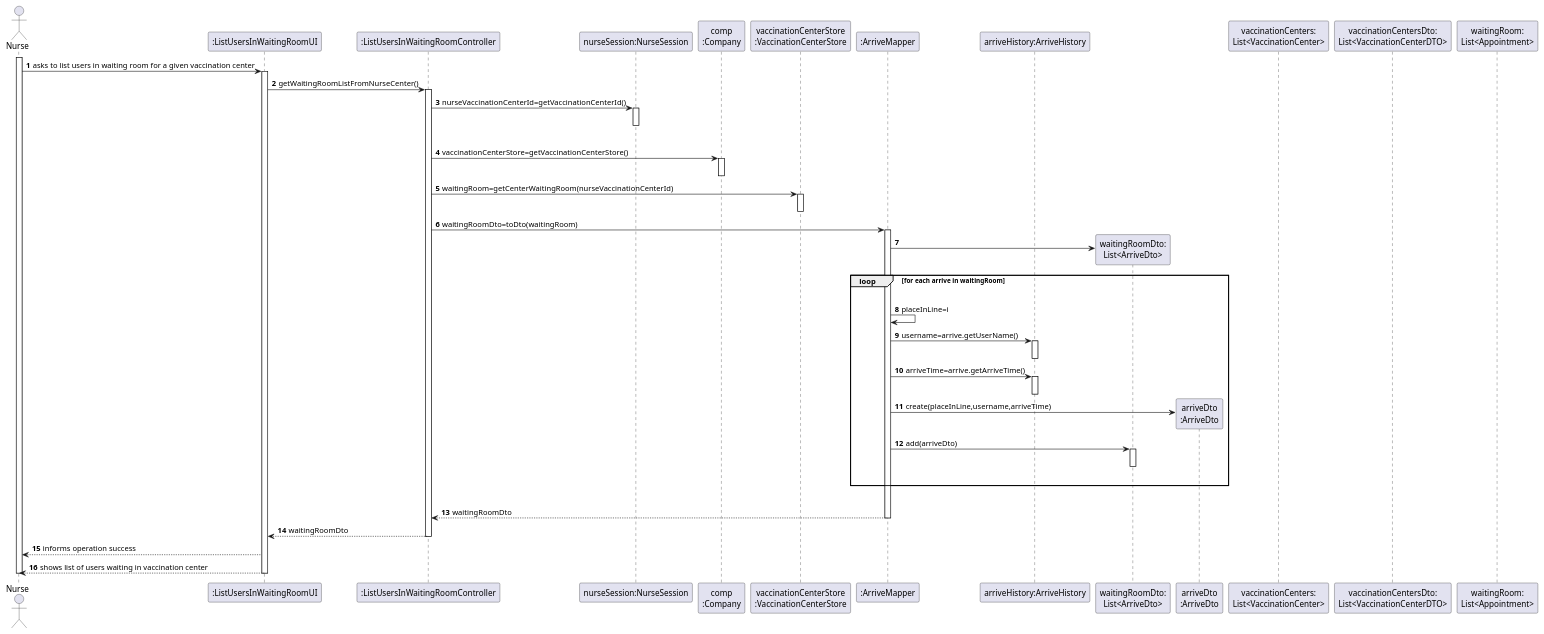
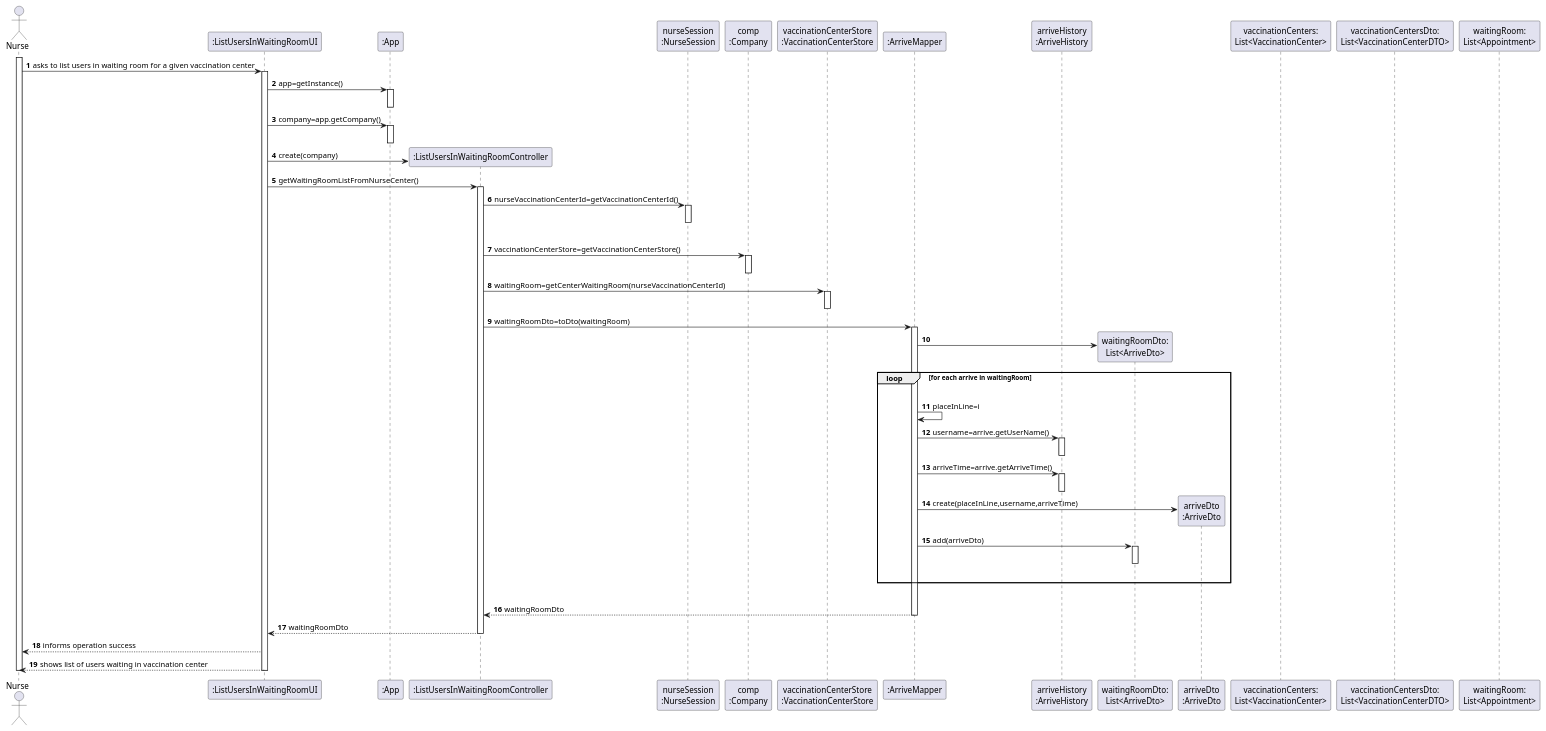
Before and after one commit to miseEnPlace-i/lapr2: the diagram in docs/SprintC/US05/SD/US05_SD.puml, drawn with PlantUML. The commit also changed 5 other files, not shown here.

```diff
--- a/docs/SprintC/US05/SD/US05_SD.puml
+++ b/docs/SprintC/US05/SD/US05_SD.puml
@@ -1,81 +1,92 @@
 @startuml
 autonumber
 'hide footbox
 actor "Nurse" as NURSE
 
 participant ":ListUsersInWaitingRoomUI" as UI
-participant ":ListUsersInWaitingRoomController" as CTRL
-participant "nurseSession:NurseSession" as FAC
+activate NURSE
+NURSE -> UI : asks to list users in waiting room for a given vaccination center
+activate UI
+participant ":App" as APP
+UI -> APP : app=getInstance()
+activate APP
+deactivate APP
+UI -> APP : company=app.getCompany()
+activate APP
+deactivate APP
+
+create ":ListUsersInWaitingRoomController" as CTRL
+
+UI -> CTRL : create(company)
+
+participant "nurseSession\n:NurseSession" as FAC
 participant "comp\n:Company" as COMP
 participant "vaccinationCenterStore\n:VaccinationCenterStore" as VACS
 participant ":ArriveMapper" as ARRM
-participant "arriveHistory:ArriveHistory" as ARR
+participant "arriveHistory\n:ArriveHistory" as ARR
 participant "arrive:Arrive" as ARR
 
-activate NURSE
-NURSE -> UI : asks to list users in waiting room for a given vaccination center
-activate UI
 
 UI -> CTRL : getWaitingRoomListFromNurseCenter()
 activate CTRL
 CTRL -> FAC : nurseVaccinationCenterId=getVaccinationCenterId()
 activate FAC
 deactivate FAC
 |||
 
 CTRL -> COMP : vaccinationCenterStore=getVaccinationCenterStore()
 activate COMP
 deactivate
 
 CTRL -> VACS : waitingRoom=getCenterWaitingRoom(nurseVaccinationCenterId)
 activate VACS
 deactivate VACS
 
 CTRL -> ARRM : waitingRoomDto=toDto(waitingRoom)
 activate ARRM
 
 create "waitingRoomDto:\nList<ArriveDto>" as WAITDTO
 
 ARRM -> WAITDTO
 
 loop for each arrive in waitingRoom
 |||
   ARRM -> ARRM : placeInLine=i
   ARRM -> ARR : username=arrive.getUserName()
   activate ARR
   deactivate ARR
   ARRM -> ARR : arriveTime=arrive.getArriveTime()
   activate ARR
   deactivate ARR
 
   create "arriveDto\n:ArriveDto" as APODTO
   ARRM -> APODTO : create(placeInLine,username,arriveTime)
 
   ARRM -> WAITDTO : add(arriveDto)
   activate WAITDTO
   deactivate WAITDTO
 |||
 end
 
 |||
 ARRM --> CTRL : waitingRoomDto 
 
 deactivate ARRM
 
 CTRL --> UI: waitingRoomDto
 
 deactivate COMP
 deactivate CTRL
 UI --> NURSE : informs operation success
 UI --> NURSE: shows list of users waiting in vaccination center
 deactivate UI
 
 deactivate UI
 deactivate CTRL
 deactivate NURSE
 
 participant "vaccinationCenters:\nList<VaccinationCenter>"
 participant "vaccinationCentersDto:\nList<VaccinationCenterDTO>"
 participant "waitingRoom:\nList<Appointment>"
 
 @enduml
```
